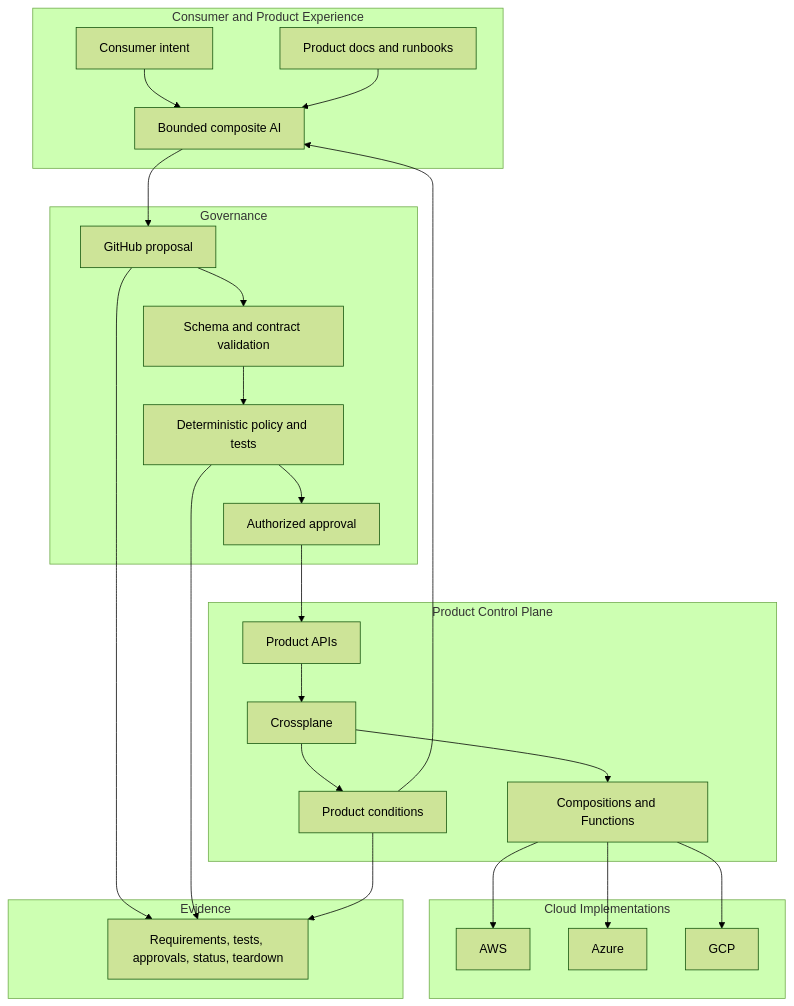
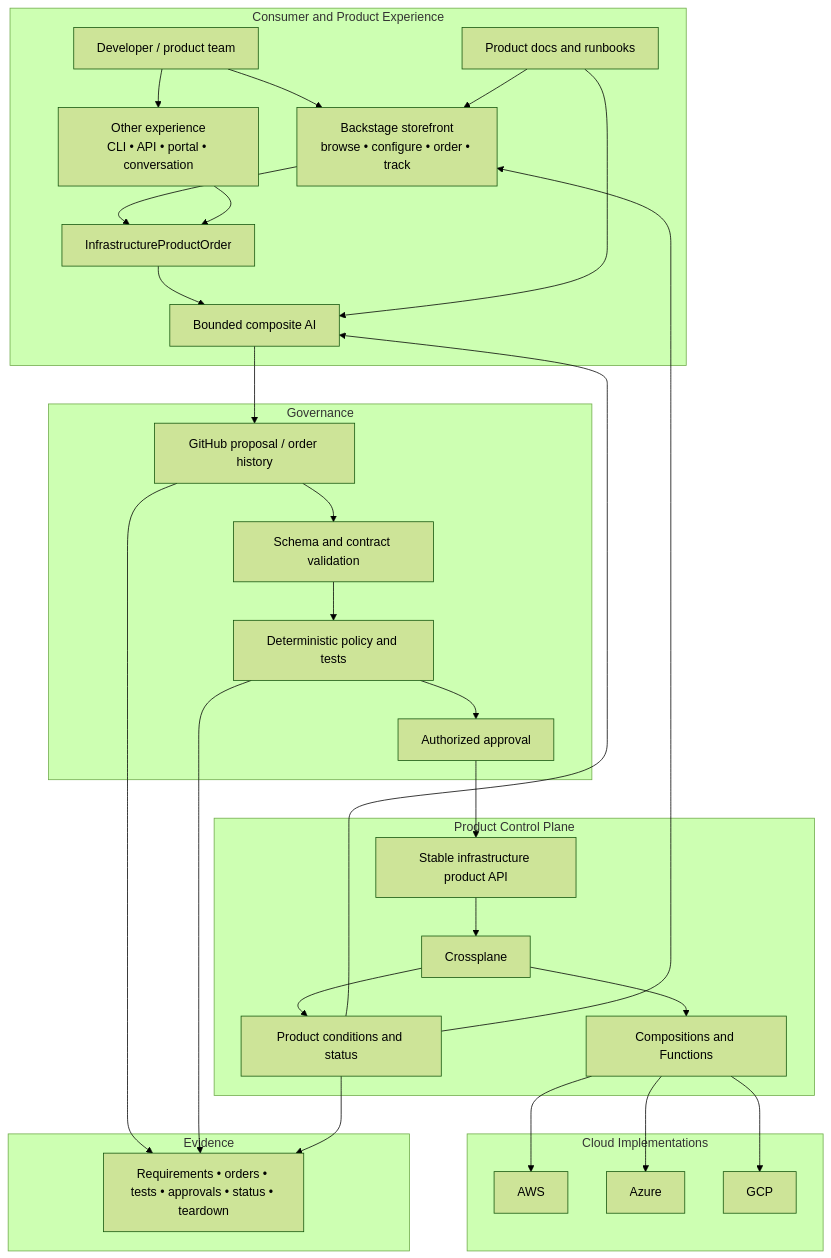
Before and after one commit to SAABOLImpactVenture/ai-powered-infrastructure-as-a-product: the first of 3 diagrams in docs/architecture/product-control-plane.md, drawn with Mermaid (forest theme). The commit also changed other lines of this file and 3 other files, not shown here.

First line of the commit message:
Add Backstage as the bounded infrastructure-product storefront (#97)

````diff
--- a/docs/architecture/product-control-plane.md
+++ b/docs/architecture/product-control-plane.md
@@ -7,44 +13,54 @@
 ```mermaid
 flowchart TB
   subgraph Experience[Consumer and Product Experience]
-    C[Consumer intent]
+    DEV[Developer / product team]
+    STORE[Backstage storefront\nbrowse • configure • order • track]
+    ALT[Other experience\nCLI • API • portal • conversation]
+    ORDER[InfrastructureProductOrder]
     AI[Bounded composite AI]
     DOC[Product docs and runbooks]
-    C --> AI
+
+    DEV --> STORE
+    DEV --> ALT
+    STORE --> ORDER
+    ALT --> ORDER
+    ORDER --> AI
+    DOC --> STORE
     DOC --> AI
   end
 
   subgraph Governance[Governance]
-    PR[GitHub proposal]
+    PR[GitHub proposal / order history]
     SCHEMA[Schema and contract validation]
     POLICY[Deterministic policy and tests]
     HUMAN[Authorized approval]
     AI --> PR --> SCHEMA --> POLICY --> HUMAN
   end
 
   subgraph ControlPlane[Product Control Plane]
-    API[Product APIs]
+    API[Stable infrastructure product API]
     XP[Crossplane]
     COMP[Compositions and Functions]
-    STATUS[Product conditions]
+    STATUS[Product conditions and status]
     HUMAN --> API --> XP --> COMP
     XP --> STATUS
     STATUS --> AI
+    STATUS --> STORE
   end
 
   subgraph Clouds[Cloud Implementations]
     AWS[AWS]
     AZ[Azure]
     GCP[GCP]
     COMP --> AWS
     COMP --> AZ
     COMP --> GCP
   end
 
   subgraph Evidence[Evidence]
-    E[Requirements, tests, approvals, status, teardown]
+    E[Requirements • orders • tests • approvals • status • teardown]
     PR --> E
     POLICY --> E
     STATUS --> E
   end
 ```
````
